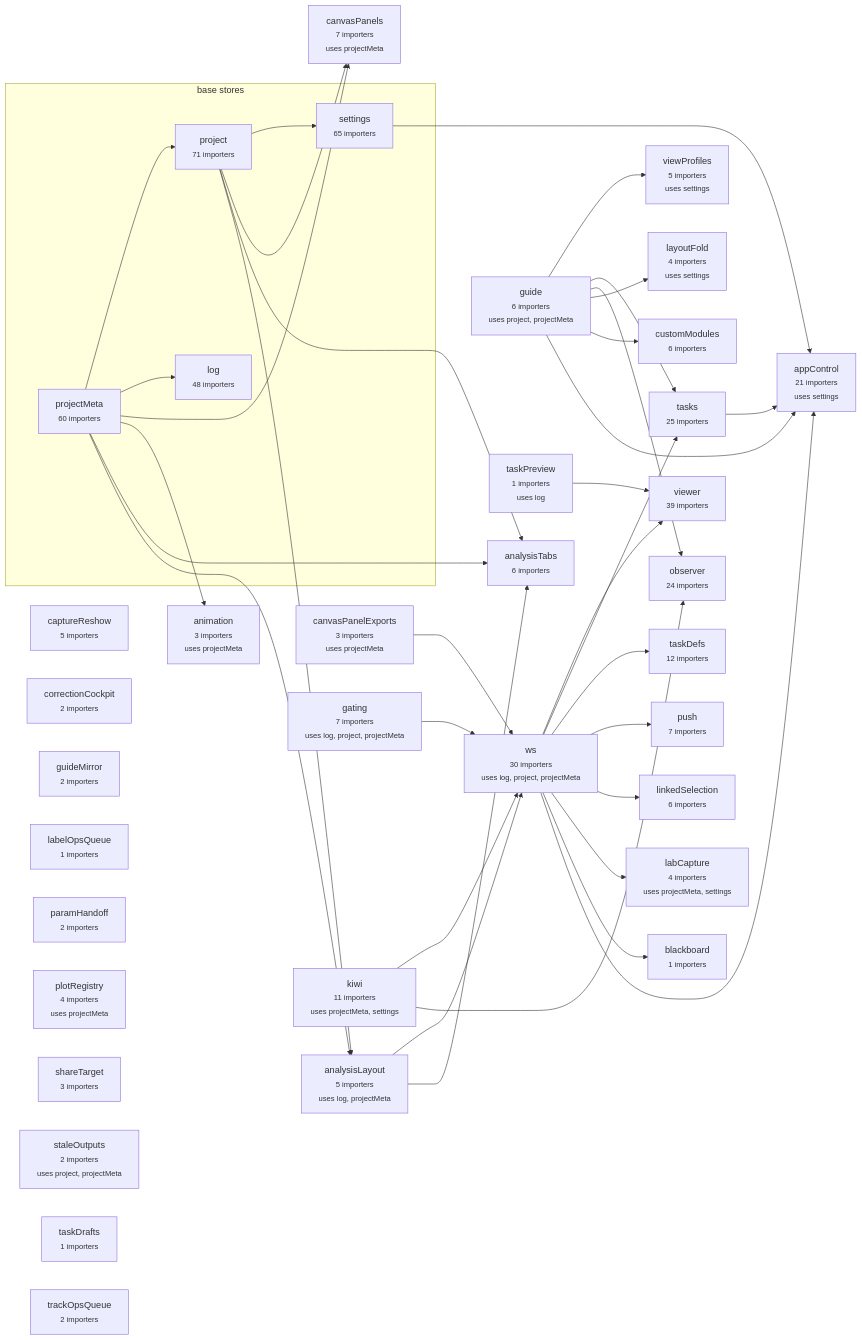
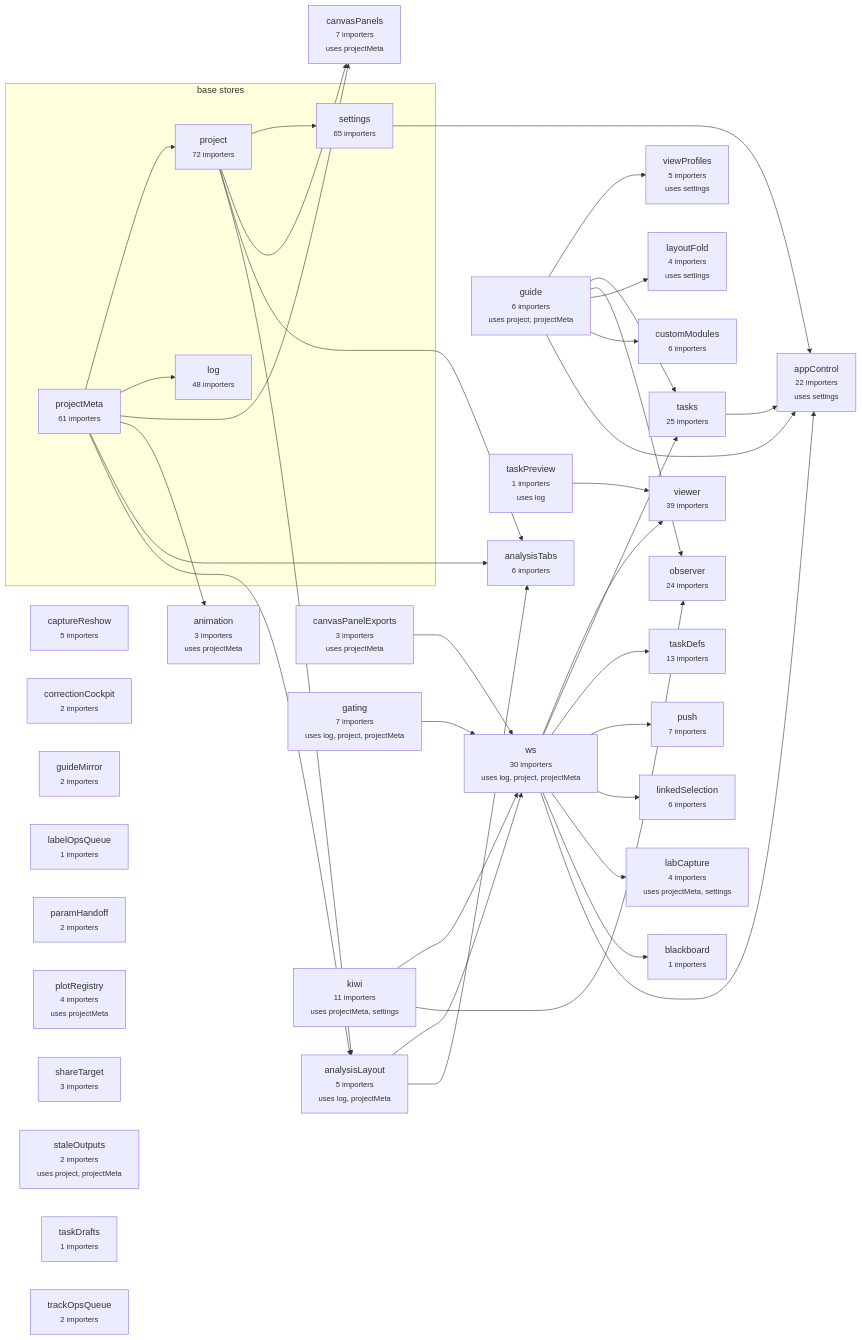
One commit to schienstockd/cecelia changed the diagram in docs/architecture/vue/stores.md. Above: the diagram before and after it, drawn with Mermaid. The commit also changed other lines of this file and 9 other files, not shown here.

````diff
--- a/docs/architecture/vue/stores.md
+++ b/docs/architecture/vue/stores.md
@@ -12,74 +12,74 @@
 ```mermaid
 flowchart LR
   subgraph BASE["base stores"]
     log["log<br/><small>48 importers</small>"]
-    project["project<br/><small>71 importers</small>"]
-    projectMeta["projectMeta<br/><small>60 importers</small>"]
+    project["project<br/><small>72 importers</small>"]
+    projectMeta["projectMeta<br/><small>61 importers</small>"]
     settings["settings<br/><small>65 importers</small>"]
   end
   analysisLayout["analysisLayout<br/><small>5 importers</small><br/><small>uses log, projectMeta</small>"]
   analysisTabs["analysisTabs<br/><small>6 importers</small>"]
   animation["animation<br/><small>3 importers</small><br/><small>uses projectMeta</small>"]
-  appControl["appControl<br/><small>21 importers</small><br/><small>uses settings</small>"]
+  appControl["appControl<br/><small>22 importers</small><br/><small>uses settings</small>"]
   blackboard["blackboard<br/><small>1 importers</small>"]
   canvasPanelExports["canvasPanelExports<br/><small>3 importers</small><br/><small>uses projectMeta</small>"]
   canvasPanels["canvasPanels<br/><small>7 importers</small><br/><small>uses projectMeta</small>"]
   captureReshow["captureReshow<br/><small>5 importers</small>"]
   correctionCockpit["correctionCockpit<br/><small>2 importers</small>"]
   customModules["customModules<br/><small>6 importers</small>"]
   gating["gating<br/><small>7 importers</small><br/><small>uses log, project, projectMeta</small>"]
   guide["guide<br/><small>6 importers</small><br/><small>uses project, projectMeta</small>"]
   guideMirror["guideMirror<br/><small>2 importers</small>"]
   kiwi["kiwi<br/><small>11 importers</small><br/><small>uses projectMeta, settings</small>"]
   labCapture["labCapture<br/><small>4 importers</small><br/><small>uses projectMeta, settings</small>"]
   labelOpsQueue["labelOpsQueue<br/><small>1 importers</small>"]
   layoutFold["layoutFold<br/><small>4 importers</small><br/><small>uses settings</small>"]
   linkedSelection["linkedSelection<br/><small>6 importers</small>"]
   observer["observer<br/><small>24 importers</small>"]
   paramHandoff["paramHandoff<br/><small>2 importers</small>"]
   plotRegistry["plotRegistry<br/><small>4 importers</small><br/><small>uses projectMeta</small>"]
   push["push<br/><small>7 importers</small>"]
   shareTarget["shareTarget<br/><small>3 importers</small>"]
   staleOutputs["staleOutputs<br/><small>2 importers</small><br/><small>uses project, projectMeta</small>"]
-  taskDefs["taskDefs<br/><small>12 importers</small>"]
+  taskDefs["taskDefs<br/><small>13 importers</small>"]
   taskDrafts["taskDrafts<br/><small>1 importers</small>"]
   taskPreview["taskPreview<br/><small>1 importers</small><br/><small>uses log</small>"]
   tasks["tasks<br/><small>25 importers</small>"]
   trackOpsQueue["trackOpsQueue<br/><small>2 importers</small>"]
   viewProfiles["viewProfiles<br/><small>5 importers</small><br/><small>uses settings</small>"]
   viewer["viewer<br/><small>39 importers</small>"]
   ws["ws<br/><small>30 importers</small><br/><small>uses log, project, projectMeta</small>"]
   analysisLayout --> analysisTabs
   analysisLayout --> ws
   canvasPanelExports --> ws
   gating --> ws
   guide --> appControl
   guide --> customModules
   guide --> layoutFold
   guide --> observer
   guide --> tasks
   guide --> viewProfiles
   kiwi --> observer
   kiwi --> ws
   project --> analysisLayout
   project --> analysisTabs
   project --> canvasPanels
   project --> settings
   projectMeta --> analysisLayout
   projectMeta --> analysisTabs
   projectMeta --> animation
   projectMeta --> canvasPanels
   projectMeta --> log
   projectMeta --> project
   settings --> appControl
   taskPreview --> viewer
   tasks --> appControl
   ws --> appControl
   ws --> blackboard
   ws --> labCapture
   ws --> linkedSelection
   ws --> push
   ws --> taskDefs
   ws --> tasks
   ws --> viewer
 ```
````
